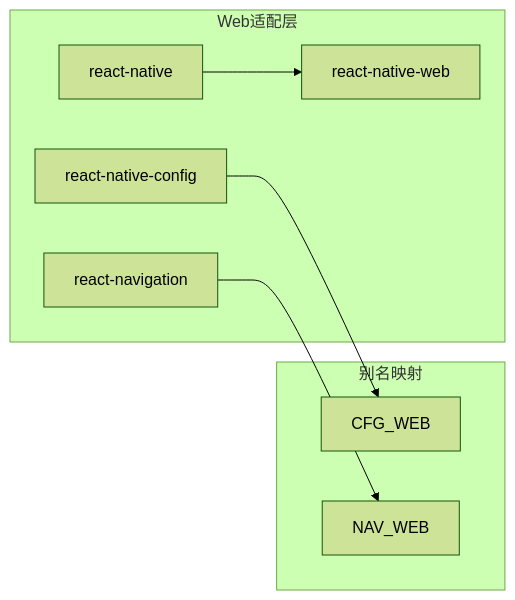
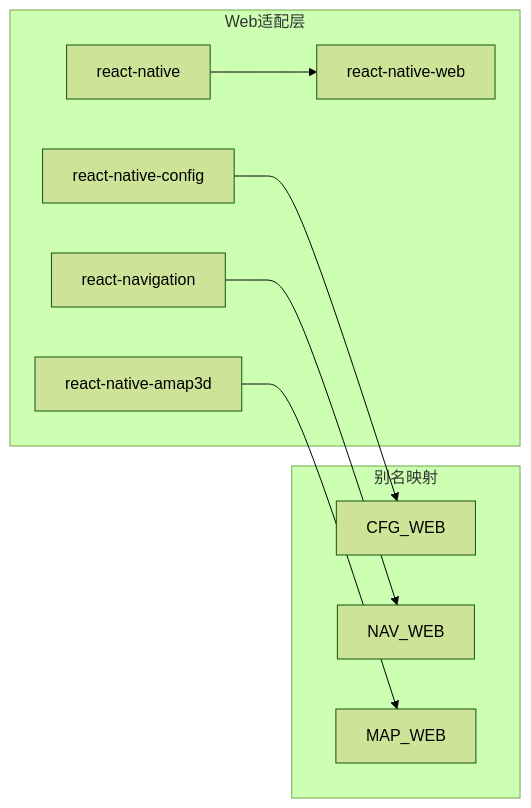
One commit to yinsw-c2e/drone_Rental_platform_v1 changed the seventh of 10 diagrams in .qoder/repowiki/zh/content/移动端应用/移动应用依赖管理.md. Above: the diagram before and after it, drawn with Mermaid (forest theme). The commit also changed other lines of this file and 23 other files, not shown here.

````diff
--- a/.qoder/repowiki/zh/content/移动端应用/移动应用依赖管理.md
+++ b/.qoder/repowiki/zh/content/移动端应用/移动应用依赖管理.md
@@ -248,14 +337,16 @@
 ```mermaid
 graph LR
 subgraph "Web适配层"
 RN[react-native]
 RNW[react-native-web]
 CFG[react-native-config]
 NAV[react-navigation]
+MAP[react-native-amap3d]
 end
 subgraph "别名映射"
 RN --> RNW
 CFG --> CFG_WEB
 NAV --> NAV_WEB
+MAP --> MAP_WEB
 end
 ```
````
